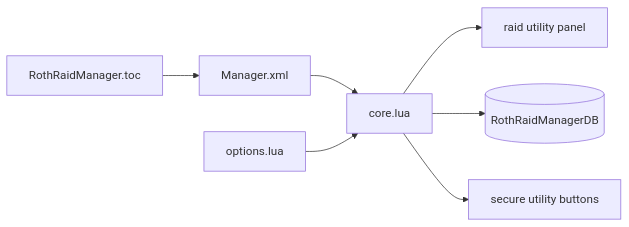
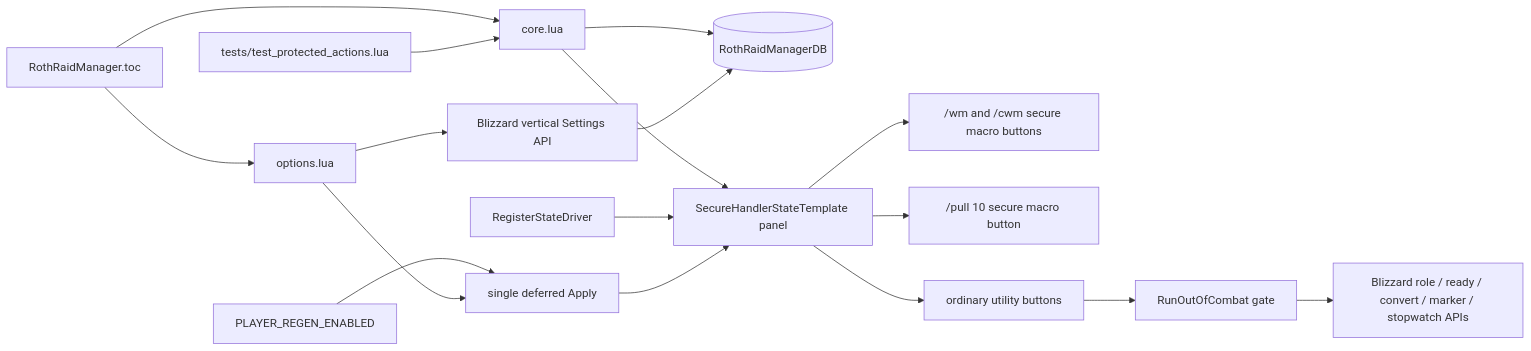
Before and after one commit to UnknownAlienHuman/roth-raid-manager: the diagram in CODE_GRAPH.md, drawn with Mermaid. The commit also changed other lines of this file and 12 other files, not shown here.

First line of the commit message:
fix: harden secure raid utilities for Retail 12.1

````diff
--- a/CODE_GRAPH.md
+++ b/CODE_GRAPH.md
@@ -3,9 +3,19 @@
 ```mermaid
 flowchart LR
-  T["RothRaidManager.toc"] --> X["Manager.xml"]
-  X --> C["core.lua"]
-  C --> F["raid utility panel"]
+  T["RothRaidManager.toc"] --> C["core.lua"]
+  T --> O["options.lua"]
   C --> DB[("RothRaidManagerDB")]
-  C --> Q["secure utility buttons"]
-  O["options.lua"] --> C
+  C --> P["SecureHandlerStateTemplate panel"]
+  P --> WM["/wm and /cwm secure macro buttons"]
+  P --> PL["/pull 10 secure macro button"]
+  P --> U["ordinary utility buttons"]
+  U --> G["RunOutOfCombat gate"]
+  G --> B["Blizzard role / ready / convert / marker / stopwatch APIs"]
+  S["RegisterStateDriver"] --> P
+  R["PLAYER_REGEN_ENABLED"] --> A["single deferred Apply"]
+  A --> P
+  O --> VS["Blizzard vertical Settings API"]
+  VS --> DB
+  O --> A
+  X["tests/test_protected_actions.lua"] --> C
 ```
````
